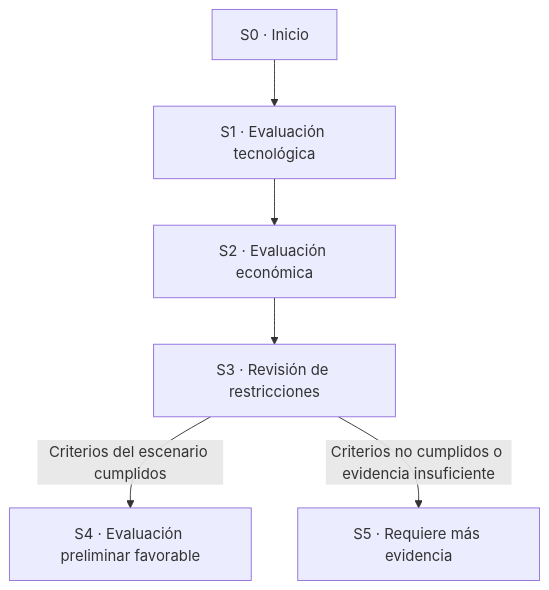
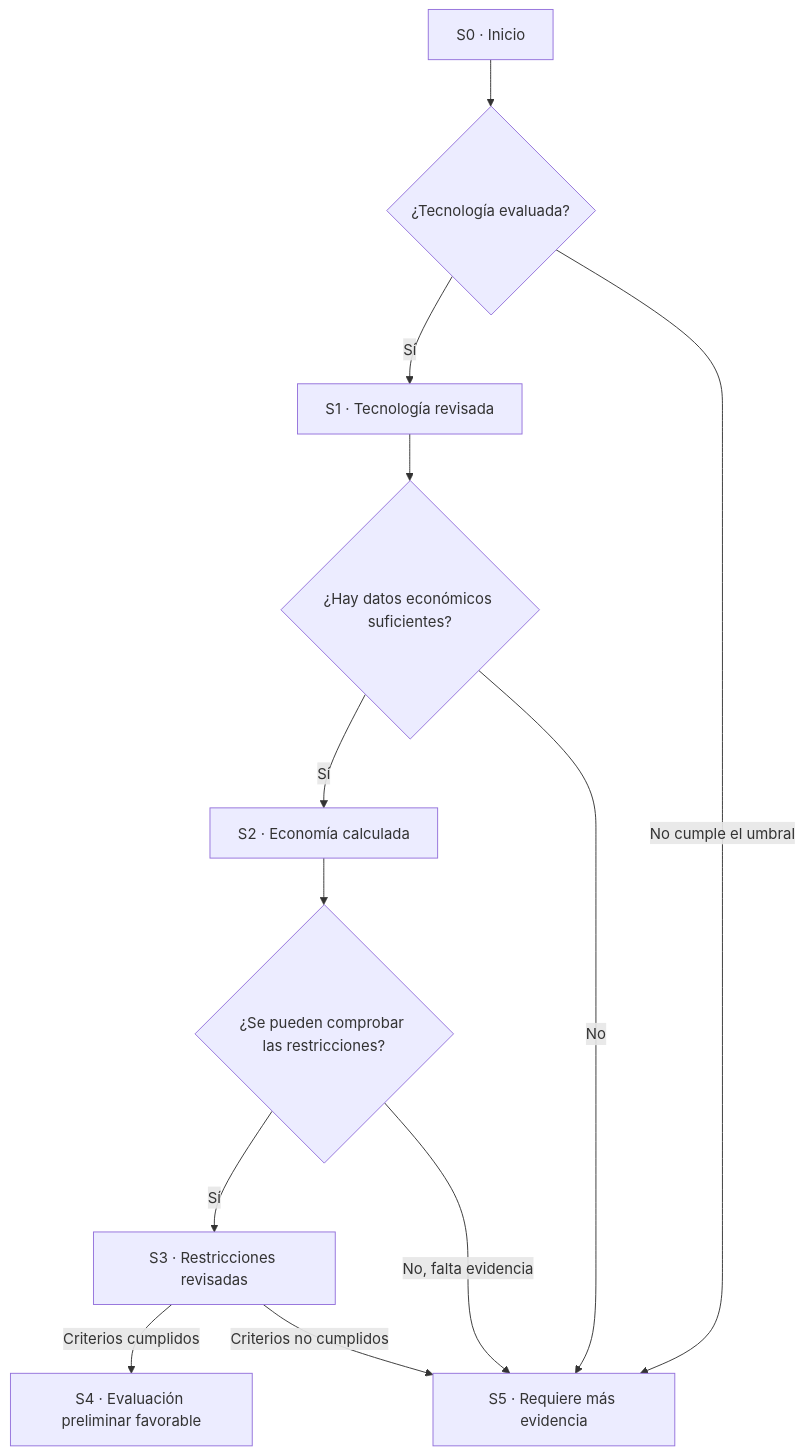
The diagram in espacio_estados.md (VALTOm07/ML_Challenge02_MineriaDeAsteroides), drawn with Mermaid before and after one commit. The commit also changed other lines of this file, not shown here.

````diff
--- a/espacio_estados.md
+++ b/espacio_estados.md
@@ -43,8 +43,17 @@
 ```mermaid
 flowchart TD
-    S0[ S0 · Inicio ] --> S1[ S1 · Evaluación tecnológica ]
-    S1 --> S2[ S2 · Evaluación económica ]
-    S2 --> S3[ S3 · Revisión de restricciones ]
-    S3 -->|Criterios del escenario cumplidos| S4[ S4 · Evaluación preliminar favorable ]
-    S3 -->|Criterios no cumplidos o evidencia insuficiente| S5[ S5 · Requiere más evidencia ]
+    S0["S0 · Inicio"] --> T{"¿Tecnología evaluada?"}
+    T -->|Sí| S1["S1 · Tecnología revisada"]
+    T -->|No cumple el umbral| S5["S5 · Requiere más evidencia"]
+
+    S1 --> E{"¿Hay datos económicos suficientes?"}
+    E -->|Sí| S2["S2 · Economía calculada"]
+    E -->|No| S5
+
+    S2 --> R{"¿Se pueden comprobar las restricciones?"}
+    R -->|Sí| S3["S3 · Restricciones revisadas"]
+    R -->|No, falta evidencia| S5
+
+    S3 -->|Criterios cumplidos| S4["S4 · Evaluación preliminar favorable"]
+    S3 -->|Criterios no cumplidos| S5
 ```
````
